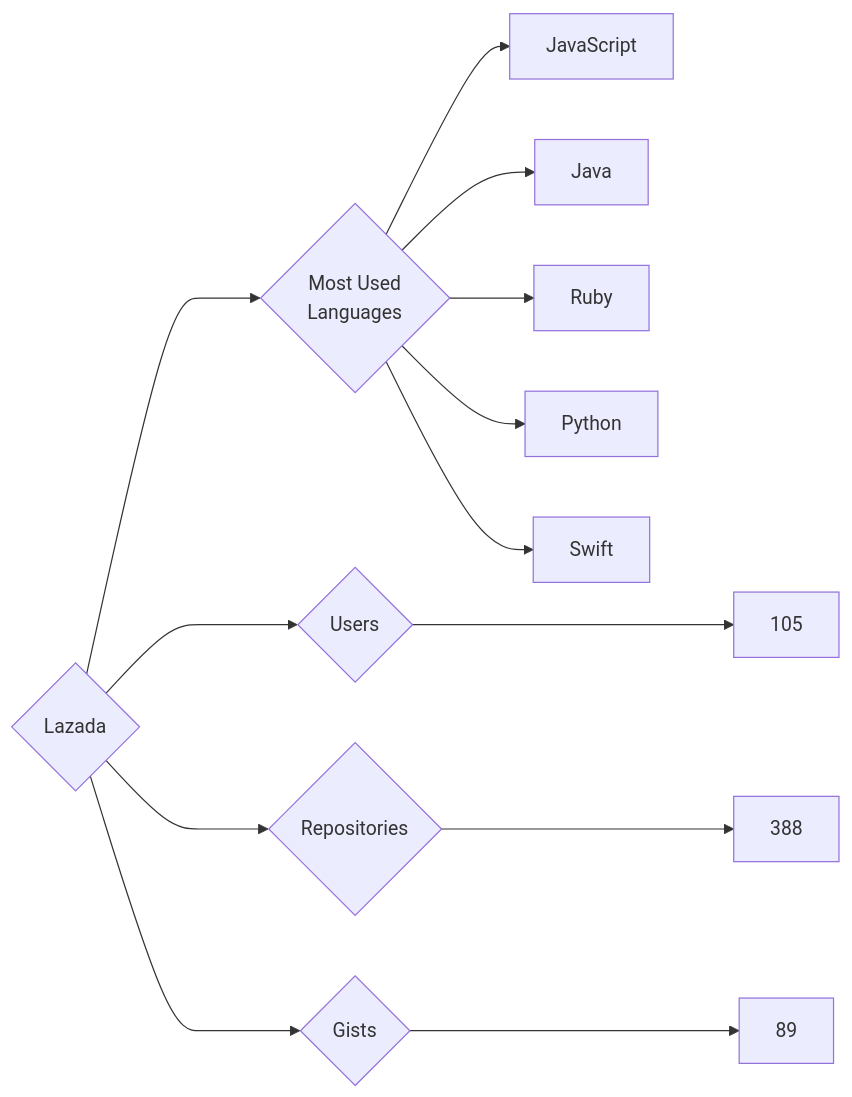
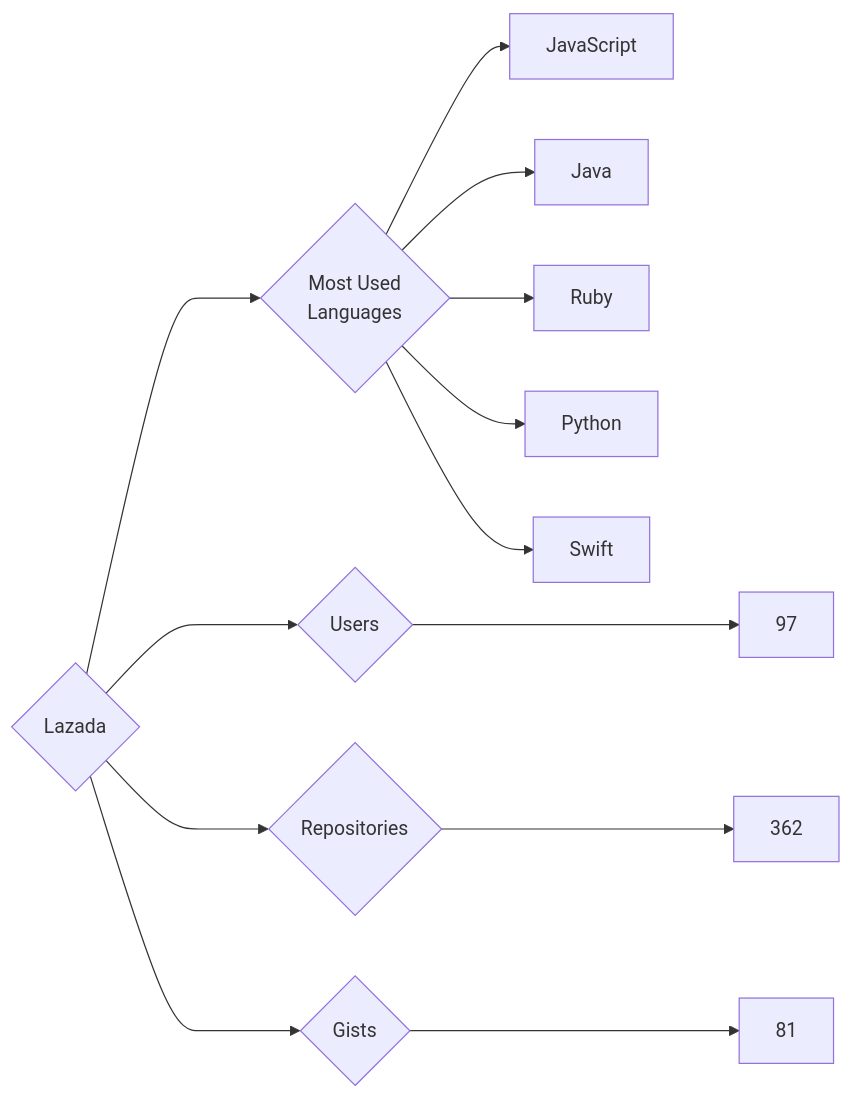
The diagram in targets/Lazada/README.md (trickest/insiders), drawn with Mermaid before and after one commit. The commit also changed 1479 other files, not shown here.

````diff
--- a/targets/Lazada/README.md
+++ b/targets/Lazada/README.md
@@ -3,13 +3,13 @@
 ```mermaid
 graph LR
 COMPANY_NAME{Lazada}
-COMPANY_NAME ---> U{Users} ---> UN[105]
-COMPANY_NAME ---> R{Repositories} ---> RN[388]
-COMPANY_NAME ---> G{Gists} ---> GN[89]
+COMPANY_NAME ---> U{Users} ---> UN[97]
+COMPANY_NAME ---> R{Repositories} ---> RN[362]
+COMPANY_NAME ---> G{Gists} ---> GN[81]
 COMPANY_NAME ---> ML{Most Used<br>Languages}
 ML --> JavaScript[JavaScript]
 ML --> Java[Java]
 ML --> Ruby[Ruby]
 ML --> Python[Python]
 ML --> Swift[Swift]
 ```
````
